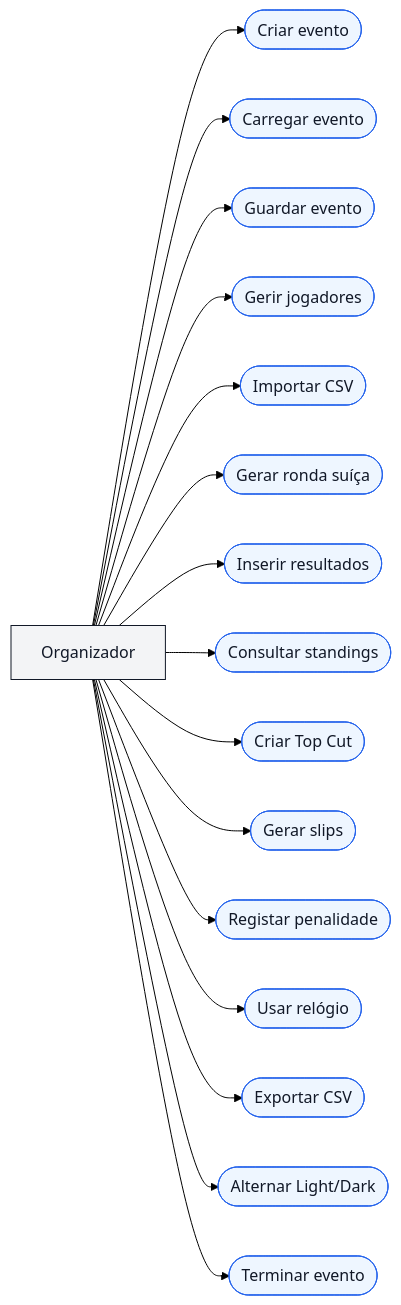
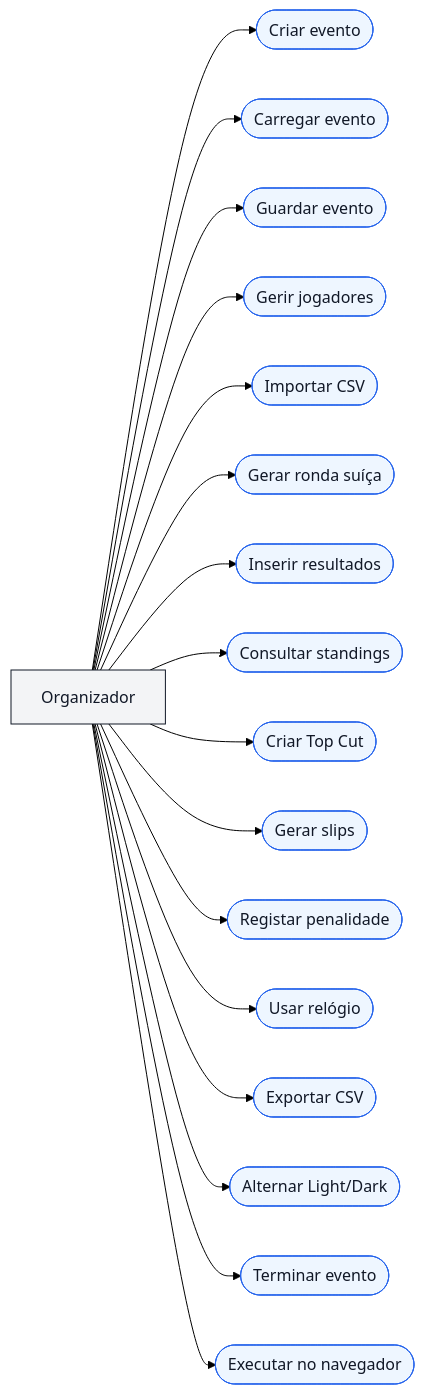
One commit to MagicShopPT/DCI changed the first of 2 diagrams in Relatorio_DCI.md. Above: the diagram before and after it, drawn with Mermaid (forest theme). The commit also changed other lines of this file, not shown here.

````diff
--- a/Relatorio_DCI.md
+++ b/Relatorio_DCI.md
@@ -155,41 +159,43 @@
 ```mermaid
 flowchart LR
     organizador[Organizador]
 
     uc1([Criar evento])
     uc2([Carregar evento])
     uc3([Guardar evento])
     uc4([Gerir jogadores])
     uc5([Importar CSV])
     uc6([Gerar ronda suíça])
     uc7([Inserir resultados])
     uc8([Consultar standings])
     uc9([Criar Top Cut])
     uc10([Gerar slips])
     uc11([Registar penalidade])
     uc12([Usar relógio])
     uc13([Exportar CSV])
     uc14([Alternar Light/Dark])
     uc15([Terminar evento])
+    uc16([Executar no navegador])
 
     organizador --> uc1
     organizador --> uc2
     organizador --> uc3
     organizador --> uc4
     organizador --> uc5
     organizador --> uc6
     organizador --> uc7
     organizador --> uc8
     organizador --> uc9
     organizador --> uc10
     organizador --> uc11
     organizador --> uc12
     organizador --> uc13
     organizador --> uc14
     organizador --> uc15
+    organizador --> uc16
 
     classDef actor fill:#f3f4f6,stroke:#111827,stroke-width:1px,color:#111827;
     classDef usecase fill:#eef6ff,stroke:#2563eb,stroke-width:1px,color:#111827;
     class organizador actor;
-    class uc1,uc2,uc3,uc4,uc5,uc6,uc7,uc8,uc9,uc10,uc11,uc12,uc13,uc14,uc15 usecase;
+    class uc1,uc2,uc3,uc4,uc5,uc6,uc7,uc8,uc9,uc10,uc11,uc12,uc13,uc14,uc15,uc16 usecase;
 ```
````
